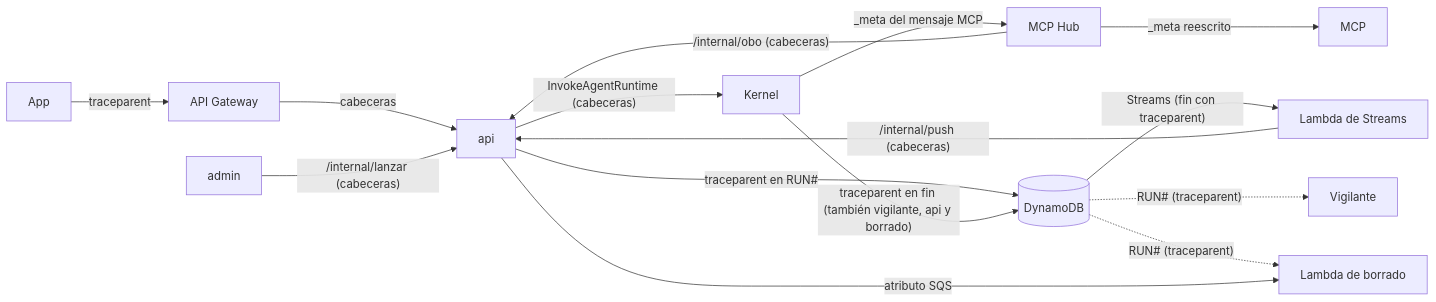
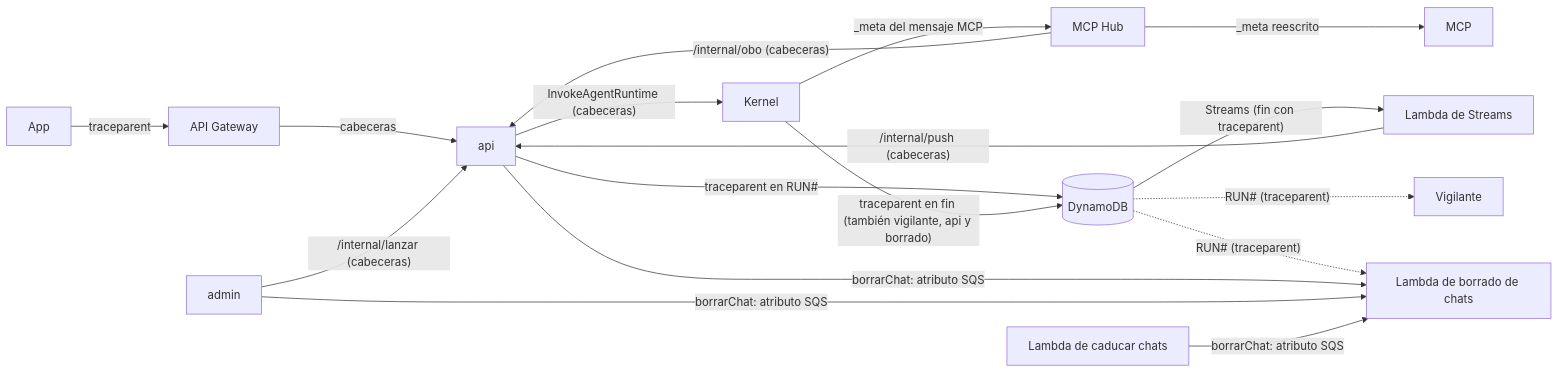
Before and after one commit to ikermendi/sample-agent-platform-with-agentcore: the tenth of 10 diagrams in docs/arquitectura-agentes.md, drawn with Mermaid. The commit also changed other lines of this file and 1 other file, not shown here.

````diff
--- a/docs/arquitectura-agentes.md
+++ b/docs/arquitectura-agentes.md
@@ -1396,16 +1398,18 @@
 ```mermaid
 flowchart LR
   App -- "traceparent" --> GW[API Gateway]
   GW -- cabeceras --> API[api]
   API -- "InvokeAgentRuntime (cabeceras)" --> K[Kernel]
   K -- "_meta del mensaje MCP" --> H[MCP Hub] -- "_meta reescrito" --> M[MCP]
   API -- "traceparent en RUN#" --> D[(DynamoDB)]
   K -- "traceparent en fin (también vigilante, api y borrado)" --> D
   D -- "Streams (fin con traceparent)" --> S[Lambda de Streams]
   S -- "/internal/push (cabeceras)" --> API
   D -. "RUN# (traceparent)" .-> V[Vigilante]
   D -. "RUN# (traceparent)" .-> B
   H -- "/internal/obo (cabeceras)" --> API
   Adm[admin] -- "/internal/lanzar (cabeceras)" --> API
-  API -- "atributo SQS" --> B[Lambda de borrado]
+  API -- "borrarChat: atributo SQS" --> B[Lambda de borrado de chats]
+  Adm -- "borrarChat: atributo SQS" --> B
+  CC[Lambda de caducar chats] -- "borrarChat: atributo SQS" --> B
 ```
````
